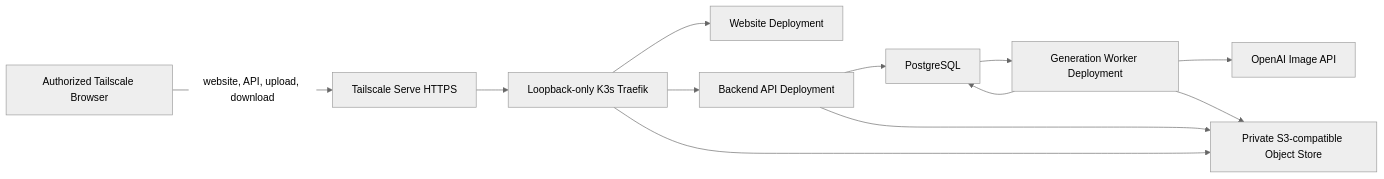
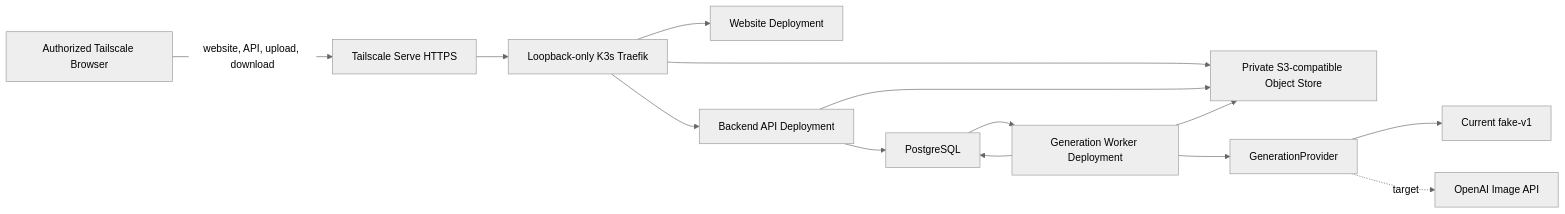
The diagram in docs/ai-artist/hld/milestone-1-high-level-design.md (tongking6/ai-artist), drawn with Mermaid (neutral theme) before and after one commit. The commit also changed other lines of this file and 19 other files, not shown here.

````diff
--- a/docs/ai-artist/hld/milestone-1-high-level-design.md
+++ b/docs/ai-artist/hld/milestone-1-high-level-design.md
@@ -94,14 +94,16 @@
 ```mermaid
 flowchart LR
   U[Authorized Tailscale Browser] -->|website, API, upload, download| TS[Tailscale Serve HTTPS]
   TS --> I[Loopback-only K3s Traefik]
   I --> W[Website Deployment]
   I --> API[Backend API Deployment]
   I --> O[Private S3-compatible Object Store]
   API --> DB[PostgreSQL]
   API --> O
   DB --> GW[Generation Worker Deployment]
-  GW --> P[OpenAI Image API]
+  GW --> P[GenerationProvider]
+  P --> F[Current fake-v1]
+  P -. target .-> OAI[OpenAI Image API]
   GW --> O
   GW --> DB
 ```
````
